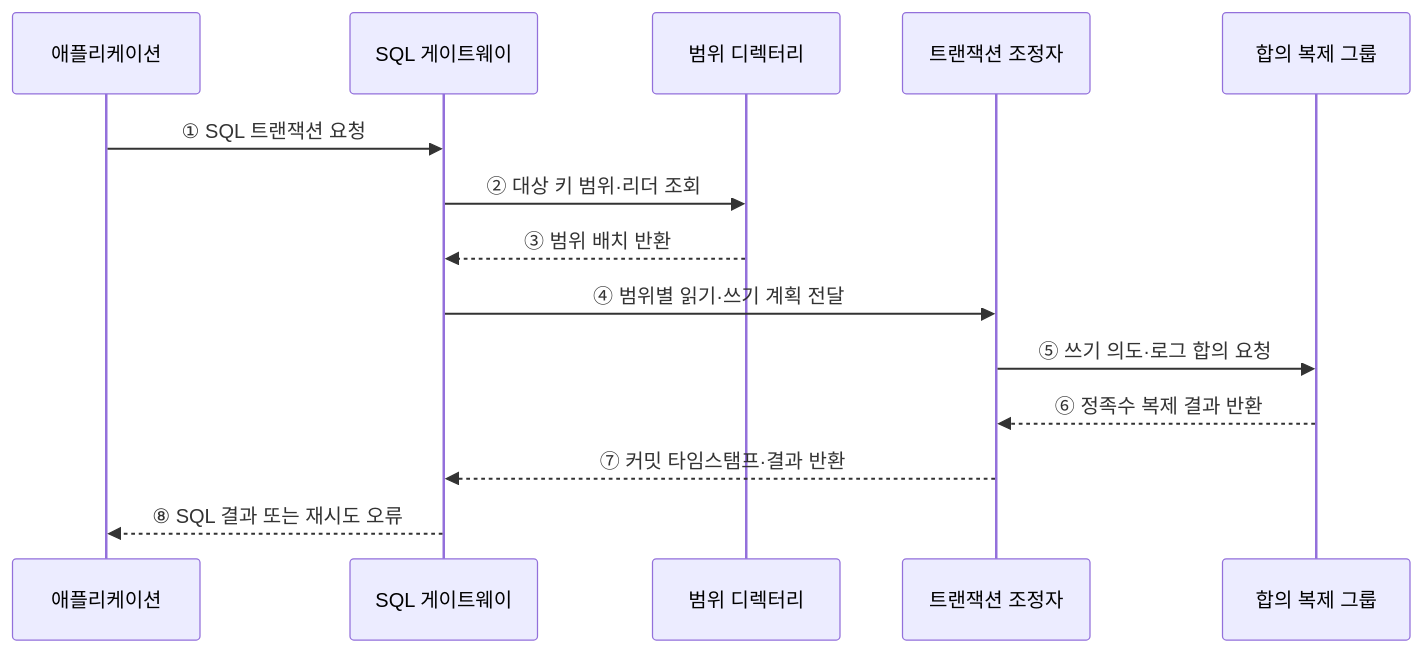
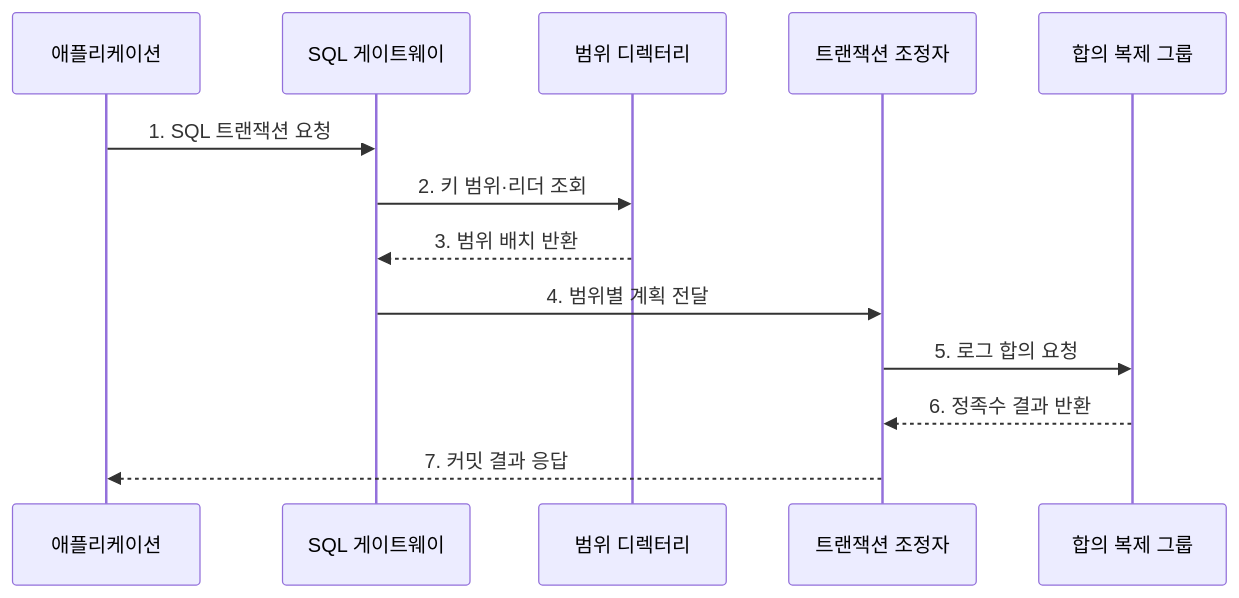
Before and after one commit to agnusdei1207/knowledge-base: the second of 2 diagrams in src/content/docs/notes/03-software/115_newsql.md, drawn with Mermaid. The commit also changed other lines of this file and 20 other files, not shown here.

````diff
--- a/src/content/docs/notes/03-software/115_newsql.md
+++ b/src/content/docs/notes/03-software/115_newsql.md
@@ -76,16 +85,15 @@
 ```mermaid
 sequenceDiagram
     participant A as 애플리케이션
     participant G as SQL 게이트웨이
     participant D as 범위 디렉터리
     participant C as 트랜잭션 조정자
     participant R as 합의 복제 그룹
-    A->>G: ① SQL 트랜잭션 요청
-    G->>D: ② 대상 키 범위·리더 조회
-    D-->>G: ③ 범위 배치 반환
-    G->>C: ④ 범위별 읽기·쓰기 계획 전달
-    C->>R: ⑤ 쓰기 의도·로그 합의 요청
-    R-->>C: ⑥ 정족수 복제 결과 반환
-    C-->>G: ⑦ 커밋 타임스탬프·결과 반환
-    G-->>A: ⑧ SQL 결과 또는 재시도 오류
+    A->>G: 1. SQL 트랜잭션 요청
+    G->>D: 2. 키 범위·리더 조회
+    D-->>G: 3. 범위 배치 반환
+    G->>C: 4. 범위별 계획 전달
+    C->>R: 5. 로그 합의 요청
+    R-->>C: 6. 정족수 결과 반환
+    C-->>A: 7. 커밋 결과 응답
 ```
````
